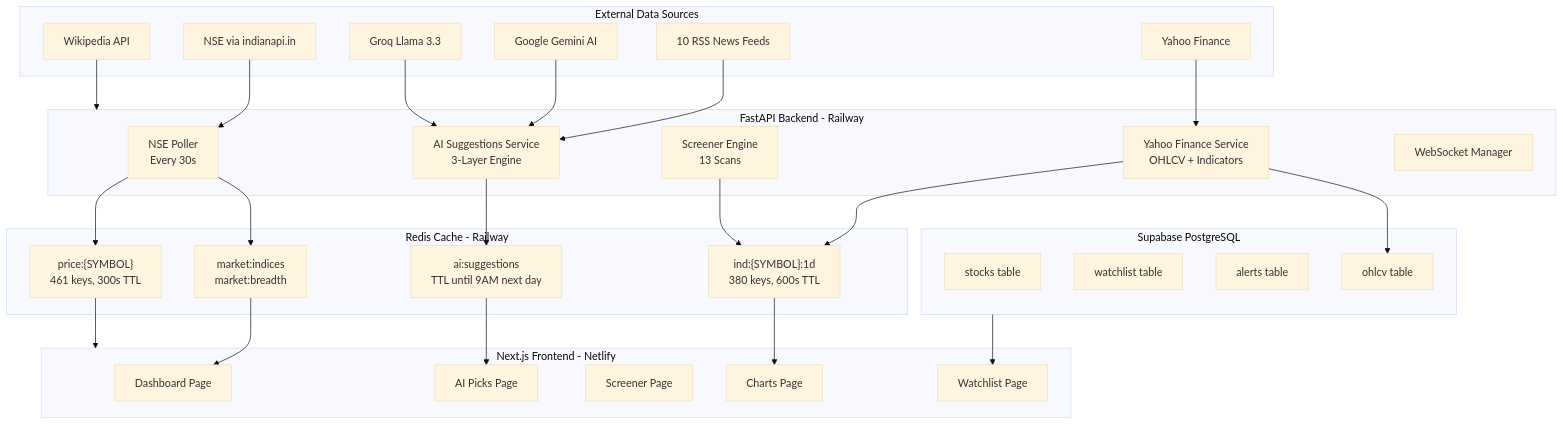
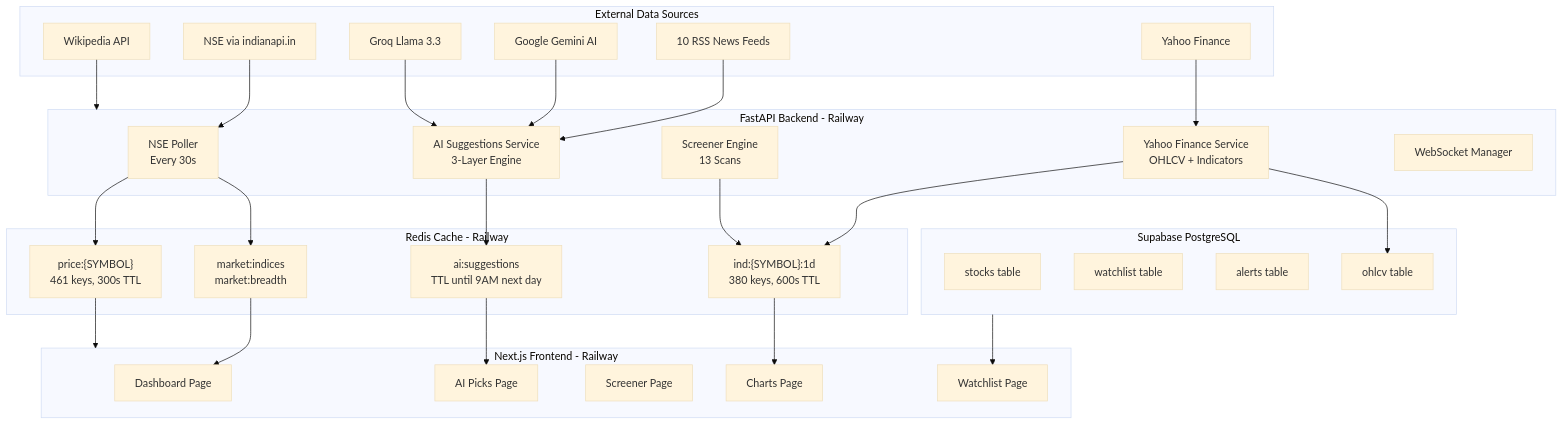
One commit to iamadarsha/Codex-Screener changed the fourth of 4 diagrams in PROJECT_MINDMAP.md. Above: the diagram before and after it, drawn with Mermaid (base theme). The commit also changed other lines of this file and 3 other files, not shown here.

````diff
--- a/PROJECT_MINDMAP.md
+++ b/PROJECT_MINDMAP.md
@@ -209,61 +212,61 @@
 ```mermaid
 flowchart TB
     subgraph Sources["External Data Sources"]
         NSE[NSE via indianapi.in]
         YF[Yahoo Finance]
         RSS[10 RSS News Feeds]
         Wiki[Wikipedia API]
         Gemini[Google Gemini AI]
         Groq[Groq Llama 3.3]
     end
 
     subgraph Backend["FastAPI Backend - Railway"]
         Poller[NSE Poller<br/>Every 30s]
         YFS[Yahoo Finance Service<br/>OHLCV + Indicators]
         AIS[AI Suggestions Service<br/>3-Layer Engine]
         SE[Screener Engine<br/>13 Scans]
         WS[WebSocket Manager]
     end
 
     subgraph Cache["Redis Cache - Railway"]
         Prices["price:{SYMBOL}<br/>461 keys, 300s TTL"]
         Indicators["ind:{SYMBOL}:1d<br/>380 keys, 600s TTL"]
         AICache["ai:suggestions<br/>TTL until 9AM next day"]
         MktData["market:indices<br/>market:breadth"]
     end
 
     subgraph DB["Supabase PostgreSQL"]
         Stocks[stocks table]
         WL[watchlist table]
         Alerts[alerts table]
         OHLCV[ohlcv table]
     end
 
-    subgraph Frontend["Next.js Frontend - Netlify"]
+    subgraph Frontend["Next.js Frontend - Railway"]
         Dashboard[Dashboard Page]
         AIPicks[AI Picks Page]
         Screener[Screener Page]
         Charts[Charts Page]
         Watchlist[Watchlist Page]
     end
 
     NSE --> Poller
     YF --> YFS
     RSS --> AIS
     Gemini --> AIS
     Groq --> AIS
     Wiki --> Backend
 
     Poller --> Prices
     Poller --> MktData
     YFS --> Indicators
     YFS --> OHLCV
     AIS --> AICache
     SE --> Indicators
 
     Prices --> Frontend
     AICache --> AIPicks
     MktData --> Dashboard
     Indicators --> Charts
     DB --> Watchlist
 ```
````
